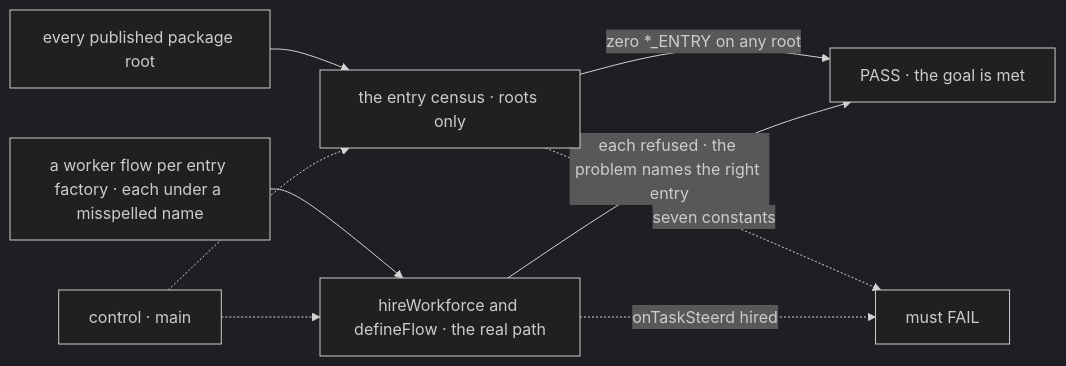
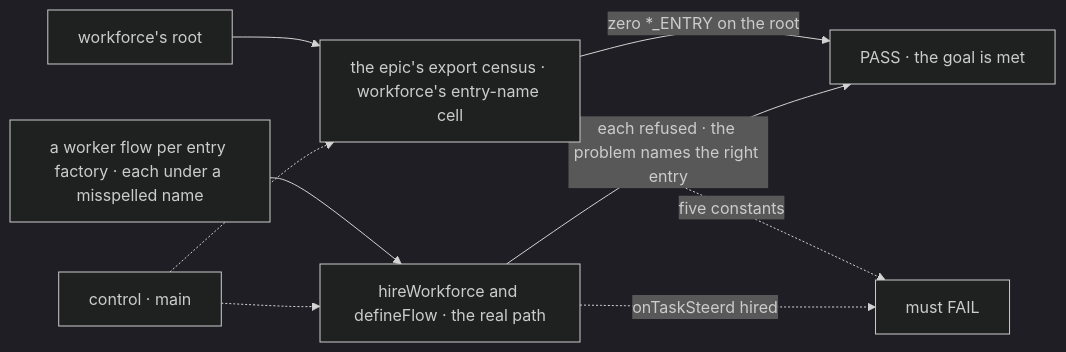
Before and after one commit to fixpoint-labs/flow-state-dev: the first of 2 diagrams in specs/issues/FIX-2463/SPEC.md, drawn with Mermaid (dark theme). The commit also changed other lines of this file and 5 other files, not shown here.

````diff
--- a/specs/issues/FIX-2463/SPEC.md
+++ b/specs/issues/FIX-2463/SPEC.md
@@ -26,11 +26,11 @@
 ```mermaid
 flowchart LR
-  R["every published package root"] --> C["the entry census · roots only"]
+  R["workforce's root"] --> C["the epic's export census · workforce's entry-name cell"]
   F["a worker flow per entry factory · each under a misspelled name"] --> H["hireWorkforce and defineFlow · the real path"]
-  C -->|"zero *_ENTRY on any root"| P["PASS · the goal is met"]
+  C -->|"zero *_ENTRY on the root"| P["PASS · the goal is met"]
   H -->|"each refused · the problem names the right entry"| P
   K["control · main"] -.-> C
   K -.-> H
-  C -.->|"seven constants"| X["must FAIL"]
+  C -.->|"five constants"| X["must FAIL"]
   H -.->|"onTaskSteerd hired"| X
 ```
````
